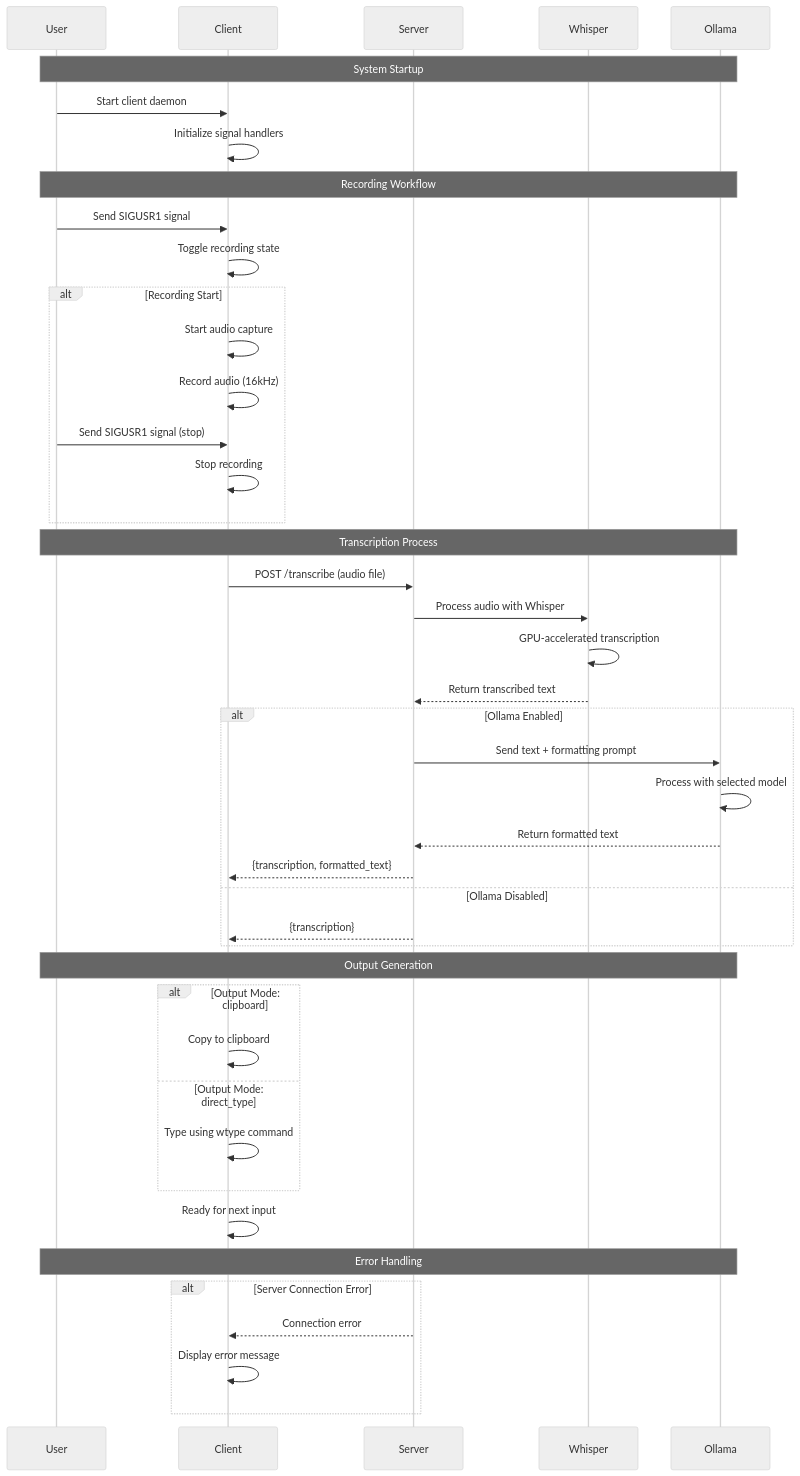
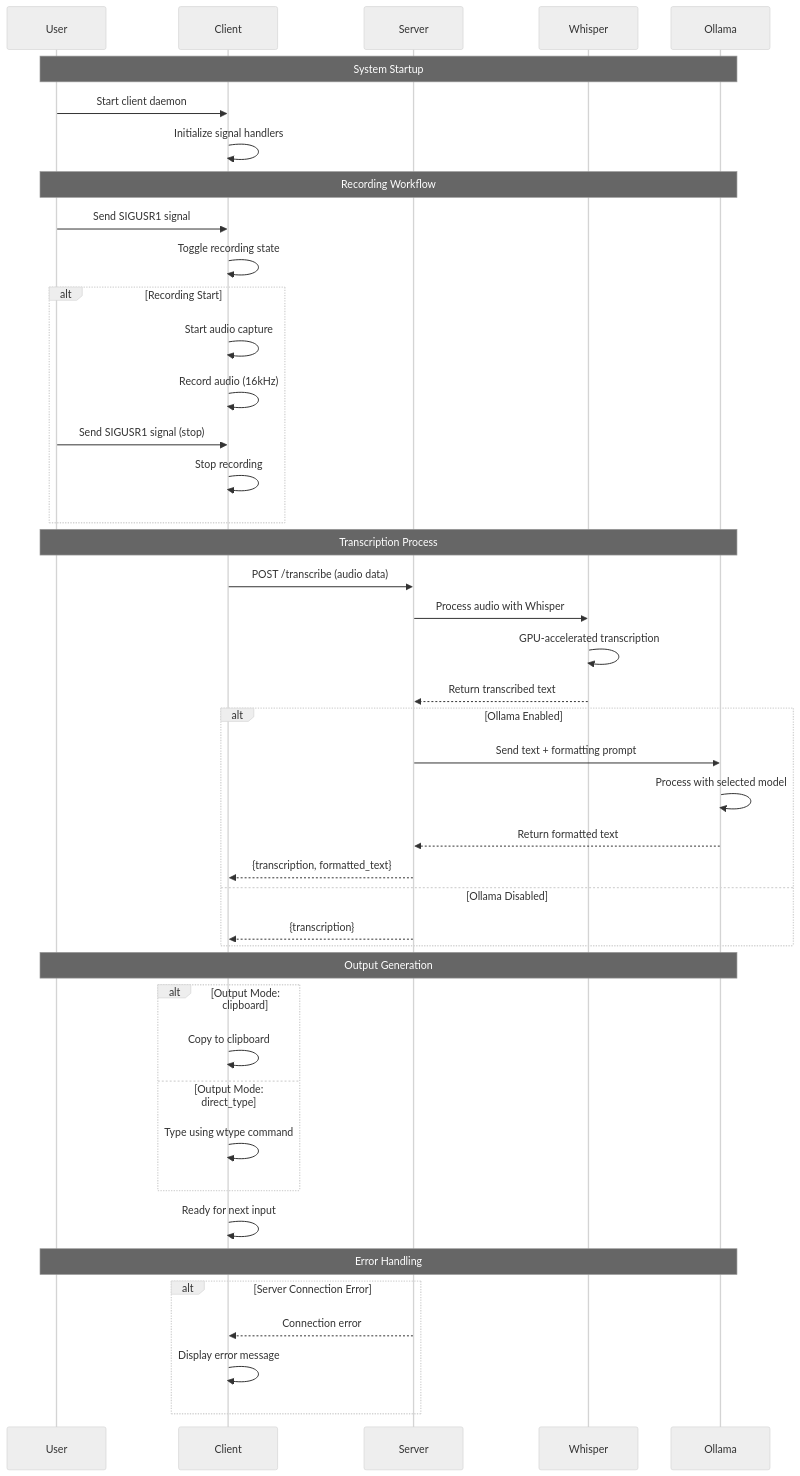
One commit to yadokani389/whisper-typing changed the diagram in README.md. Above: the diagram before and after it, drawn with Mermaid (neutral theme). The commit also changed 1 other file, not shown here.

Commit message:
enhance: dont create wav file

````diff
--- a/README.md
+++ b/README.md
@@ -165,52 +165,52 @@
 ```mermaid
 sequenceDiagram
     participant U as User
     participant C as Client
     participant S as Server
     participant W as Whisper
     participant O as Ollama
 
     Note over U,O: System Startup
     U->>C: Start client daemon
     C->>C: Initialize signal handlers
 
     Note over U,O: Recording Workflow
     U->>C: Send SIGUSR1 signal
     C->>C: Toggle recording state
     alt Recording Start
         C->>C: Start audio capture
         C->>C: Record audio (16kHz)
         U->>C: Send SIGUSR1 signal (stop)
         C->>C: Stop recording
     end
 
     Note over U,O: Transcription Process
-    C->>S: POST /transcribe (audio file)
+    C->>S: POST /transcribe (audio data)
     S->>W: Process audio with Whisper
     W->>W: GPU-accelerated transcription
     W-->>S: Return transcribed text
 
     alt Ollama Enabled
         S->>O: Send text + formatting prompt
         O->>O: Process with selected model
         O-->>S: Return formatted text
         S-->>C: {transcription, formatted_text}
     else Ollama Disabled
         S-->>C: {transcription}
     end
 
     Note over U,O: Output Generation
     alt Output Mode: clipboard
         C->>C: Copy to clipboard
     else Output Mode: direct_type
         C->>C: Type using wtype command
     end
 
     C->>C: Ready for next input
 
     Note over U,O: Error Handling
     alt Server Connection Error
         S-->>C: Connection error
         C->>C: Display error message
     end
 ```
````
